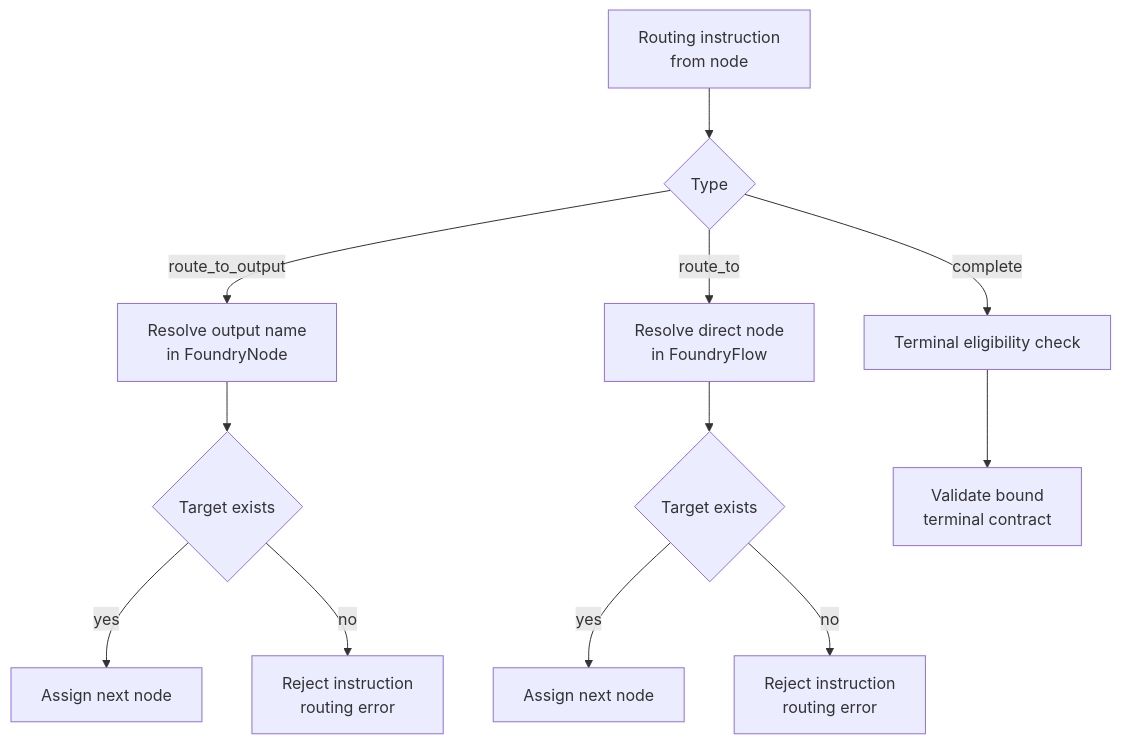
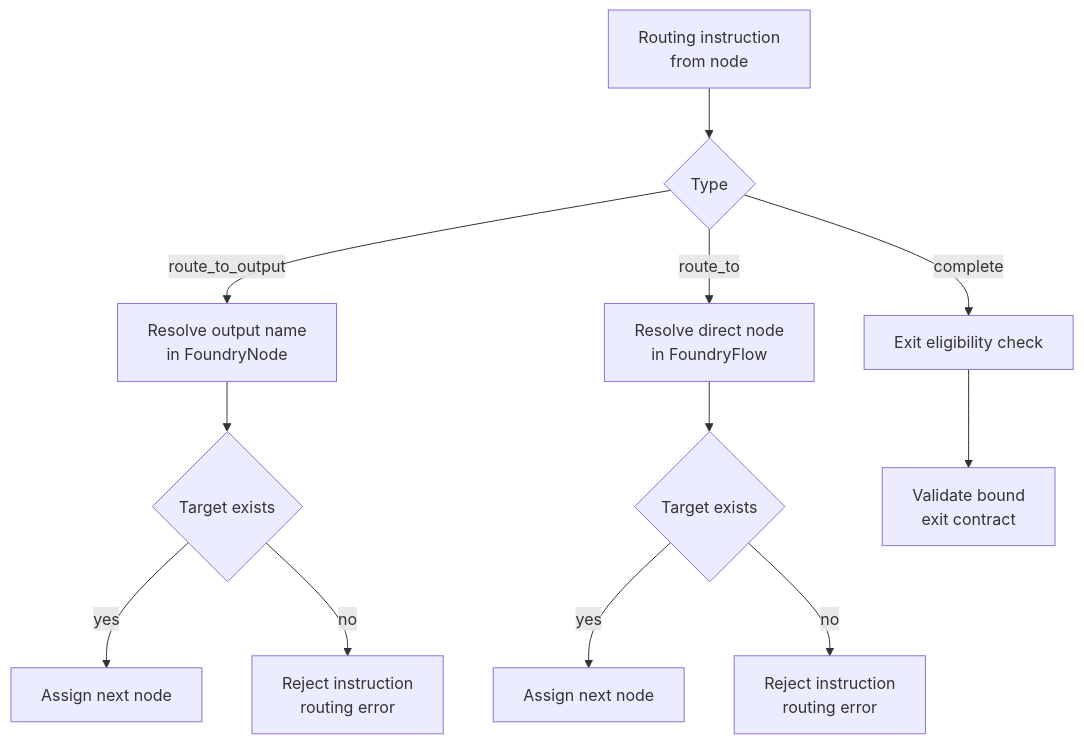
One commit to really-knows-ai/gideas changed the second of 3 diagrams in 02-flow/05-configuration.md. Above: the diagram before and after it, drawn with Mermaid. The commit also changed other lines of this file and 11 other files, not shown here.

````diff
--- a/02-flow/05-configuration.md
+++ b/02-flow/05-configuration.md
@@ -57,18 +57,18 @@
 ```mermaid
 flowchart TD
     RI["Routing instruction<br/>from node"] --> T{Type}
     T -->|route_to_output| O["Resolve output name<br/>in FoundryNode"]
     T -->|route_to| D["Resolve direct node<br/>in FoundryFlow"]
-    T -->|complete| C["Terminal eligibility check"]
+    T -->|complete| C["Exit eligibility check"]
 
     O --> V1{Target exists}
     D --> V2{Target exists}
 
     V1 -->|yes| A1["Assign next node"]
     V2 -->|yes| A2["Assign next node"]
 
     V1 -->|no| E1["Reject instruction<br/>routing error"]
     V2 -->|no| E2["Reject instruction<br/>routing error"]
 
-    C --> TC["Validate bound<br/>terminal contract"]
+    C --> TC["Validate bound<br/>exit contract"]
 ```
````
